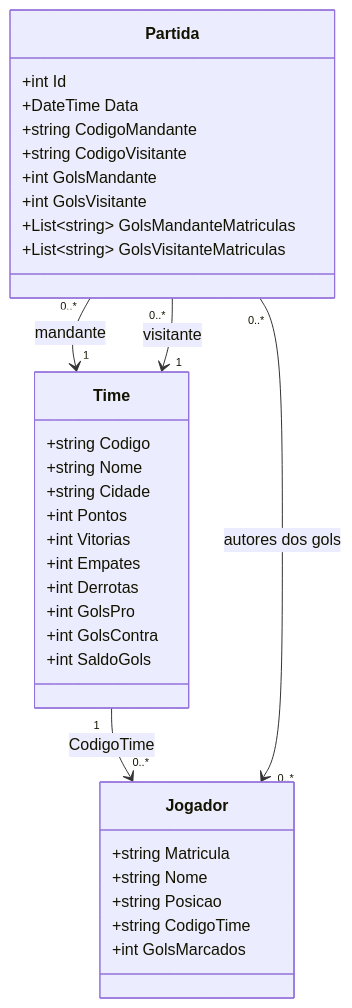
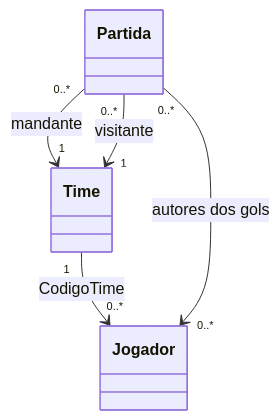
Before and after one commit to egon-alves/GolPro: the diagram in README.md, drawn with Mermaid. The commit also changed other lines of this file, not shown here.

Commit message:
docs: update project README documentation

````diff
--- a/README.md
+++ b/README.md
@@ -105,39 +106,19 @@
 ```mermaid
 classDiagram
     class Time {
-        +string Codigo
-        +string Nome
-        +string Cidade
-        +int Pontos
-        +int Vitorias
-        +int Empates
-        +int Derrotas
-        +int GolsPro
-        +int GolsContra
-        +int SaldoGols
+
     }
 
     class Jogador {
-        +string Matricula
-        +string Nome
-        +string Posicao
-        +string CodigoTime
-        +int GolsMarcados
+
     }
 
     class Partida {
-        +int Id
-        +DateTime Data
-        +string CodigoMandante
-        +string CodigoVisitante
-        +int GolsMandante
-        +int GolsVisitante
-        +List~string~ GolsMandanteMatriculas
-        +List~string~ GolsVisitanteMatriculas
+
     }
 
     Time "1" --> "0..*" Jogador : CodigoTime
     Partida "0..*" --> "1" Time : mandante
     Partida "0..*" --> "1" Time : visitante
     Partida "0..*" --> "0..*" Jogador : autores dos gols
 ```
````
